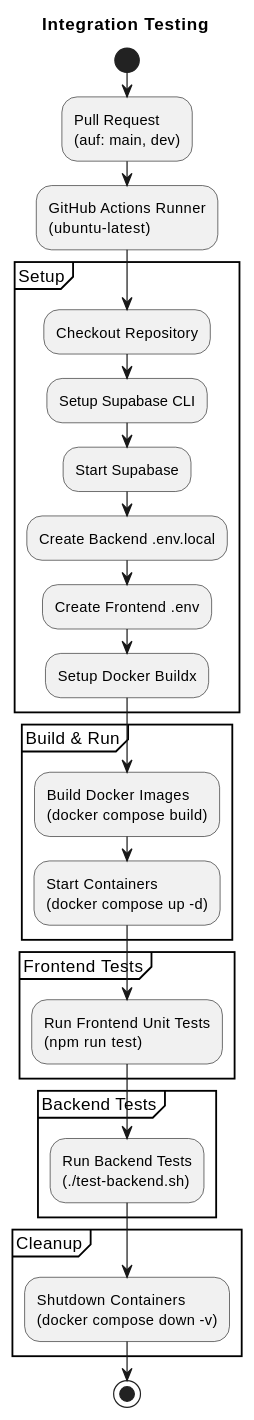
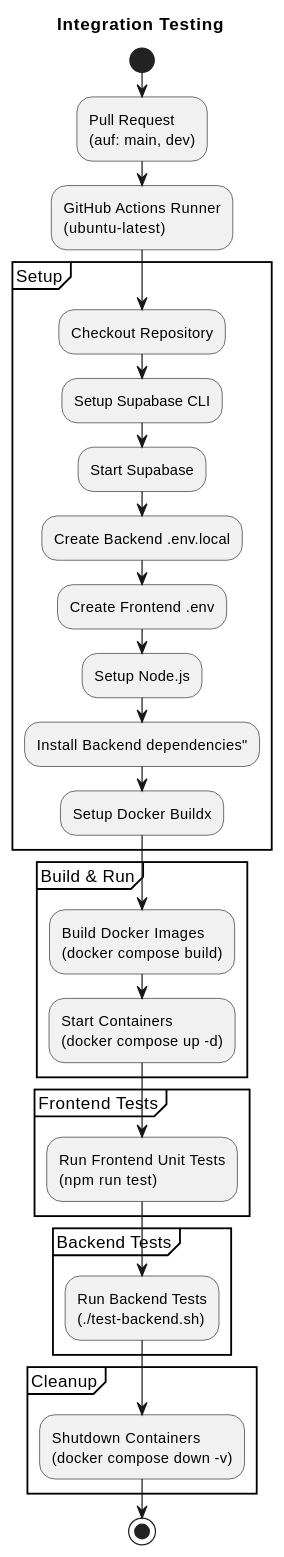
The first of 2 diagrams in docs/deployment/deployment.adoc (1tristan0/SE-HabitTracker-3.B), drawn with PlantUML before and after one commit. The commit also changed other lines of this file, not shown here.

Commit message:
Update: deployment UML

```diff
--- a/docs/deployment/deployment.adoc
+++ b/docs/deployment/deployment.adoc
@@ -5,40 +5,42 @@
 [plantuml, integration-workflow, png]
 ----
 @startuml
 title Integration Testing
 
 start
 
 :Pull Request\n(auf: main, dev);
 
 :GitHub Actions Runner\n(ubuntu-latest);
 
 partition "Setup" {
   :Checkout Repository;
   :Setup Supabase CLI;
   :Start Supabase;
   :Create Backend .env.local;
   :Create Frontend .env;
+  :Setup Node.js;
+  :Install Backend dependencies";
   :Setup Docker Buildx;
 }
 
 partition "Build & Run" {
   :Build Docker Images\n(docker compose build);
   :Start Containers\n(docker compose up -d);
 }
 
 partition "Frontend Tests" {
   :Run Frontend Unit Tests\n(npm run test);
 }
 
 partition "Backend Tests" {
   :Run Backend Tests\n(./test-backend.sh);
 }
 
 partition "Cleanup" {
   :Shutdown Containers\n(docker compose down -v);
 }
 
 stop
 @enduml
 ----
```
